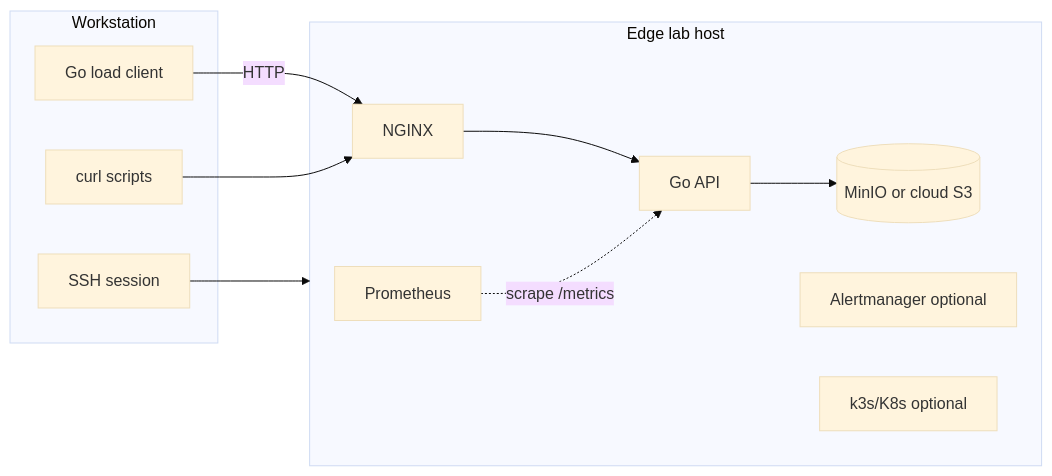
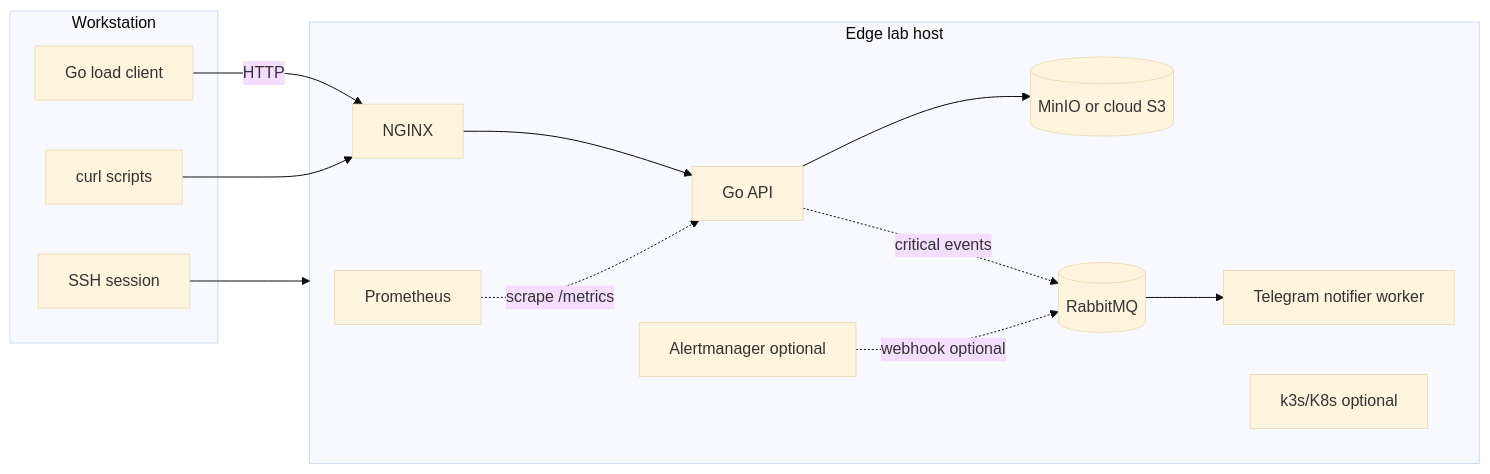
Before and after one commit to SNA-TEAM-43/Final-Project: the diagram in docs/edge-lab-host.md, drawn with Mermaid (base theme). The commit also changed other lines of this file and 9 other files, not shown here.

````diff
--- a/docs/edge-lab-host.md
+++ b/docs/edge-lab-host.md
@@ -24,24 +24,29 @@
 ```mermaid
 flowchart LR
   subgraph workstation[Workstation]
     LC[Go load client]
     SSH[SSH session]
     CURL[curl scripts]
   end
 
   subgraph edge[Edge lab host]
     NX[NGINX]
     API[Go API]
     PM[Prometheus]
     STO[(MinIO or cloud S3)]
     AM_OPT[Alertmanager optional]
+    RMQ_EDGE[(RabbitMQ)]
+    TWORK[Telegram notifier worker]
     K8S_OPT[k3s/K8s optional]
   end
 
   LC -->|HTTP| NX
   NX --> API
   API --> STO
   PM -.->|scrape /metrics| API
+  API -.->|critical events| RMQ_EDGE
+  AM_OPT -.->|webhook optional| RMQ_EDGE
+  RMQ_EDGE --> TWORK
   SSH --> edge
   CURL --> NX
 ```
````
